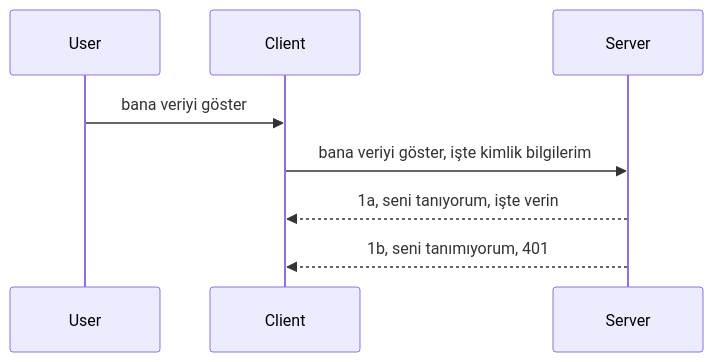
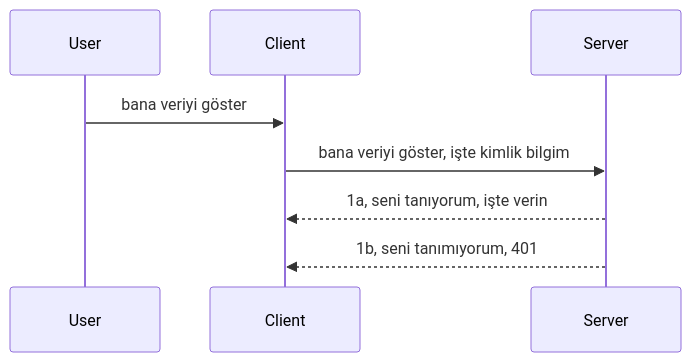
The diagram in mcp_ecosystem__model_context_protocol/mcp_learning_resources/mcp-for-beginners/translations/tr/03-GettingStarted/11-simple-auth/README.md (HIDORAKAI002/ai-workspace-archive), drawn with Mermaid before and after one commit. The commit also changed other lines of this file and 1046 other files, not shown here.

````diff
--- a/mcp_ecosystem__model_context_protocol/mcp_learning_resources/mcp-for-beginners/translations/tr/03-GettingStarted/11-simple-auth/README.md
+++ b/mcp_ecosystem__model_context_protocol/mcp_learning_resources/mcp-for-beginners/translations/tr/03-GettingStarted/11-simple-auth/README.md
@@ -24,11 +24,11 @@
 ```mermaid
 sequenceDiagram
    participant User
    participant Client
    participant Server
 
    User->>Client: bana veriyi göster
-   Client->>Server: bana veriyi göster, işte kimlik bilgilerim
+   Client->>Server: bana veriyi göster, işte kimlik bilgim
    Server-->>Client: 1a, seni tanıyorum, işte verin
    Server-->>Client: 1b, seni tanımıyorum, 401 
-```  
+```
````
